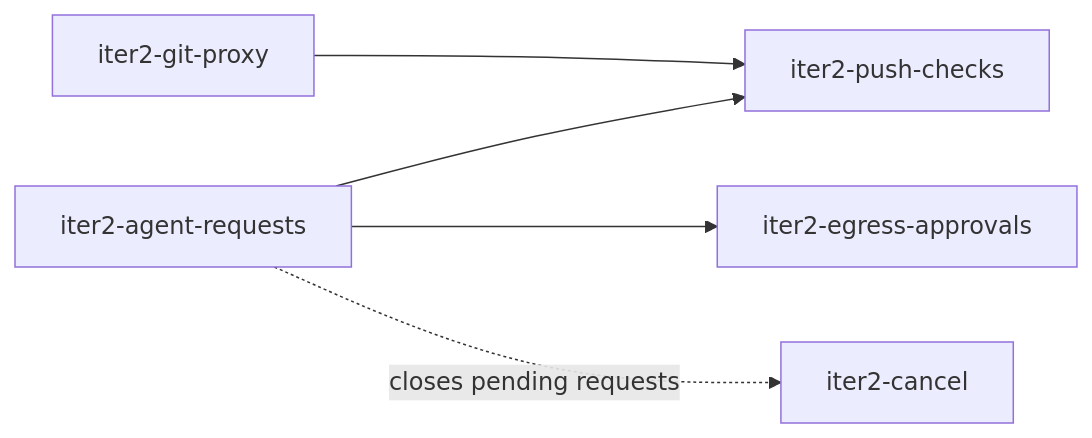
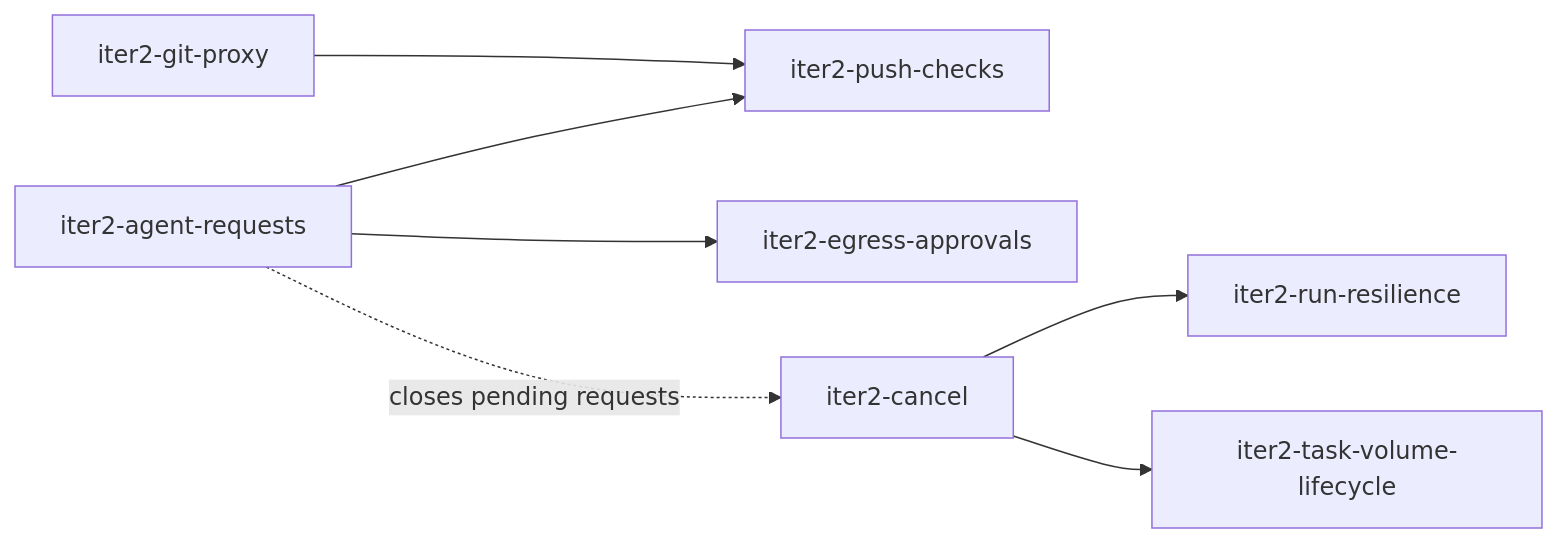
The diagram in product/iterations/iteration-2.md (prskr/dark-factory), drawn with Mermaid before and after one commit. The commit also changed other lines of this file and 23 other files, not shown here.

First line of the commit message:
Spec: fold architecture review into iteration 2

````diff
--- a/product/iterations/iteration-2.md
+++ b/product/iterations/iteration-2.md
@@ -28,8 +29,10 @@
 ```mermaid
 flowchart LR
   GP[iter2-git-proxy] --> PC[iter2-push-checks]
   AR[iter2-agent-requests] --> PC
   AR --> EA[iter2-egress-approvals]
   CA[iter2-cancel]
   AR -. closes pending requests .-> CA
+  CA --> RR[iter2-run-resilience]
+  CA --> TV[iter2-task-volume-lifecycle]
 ```
````
